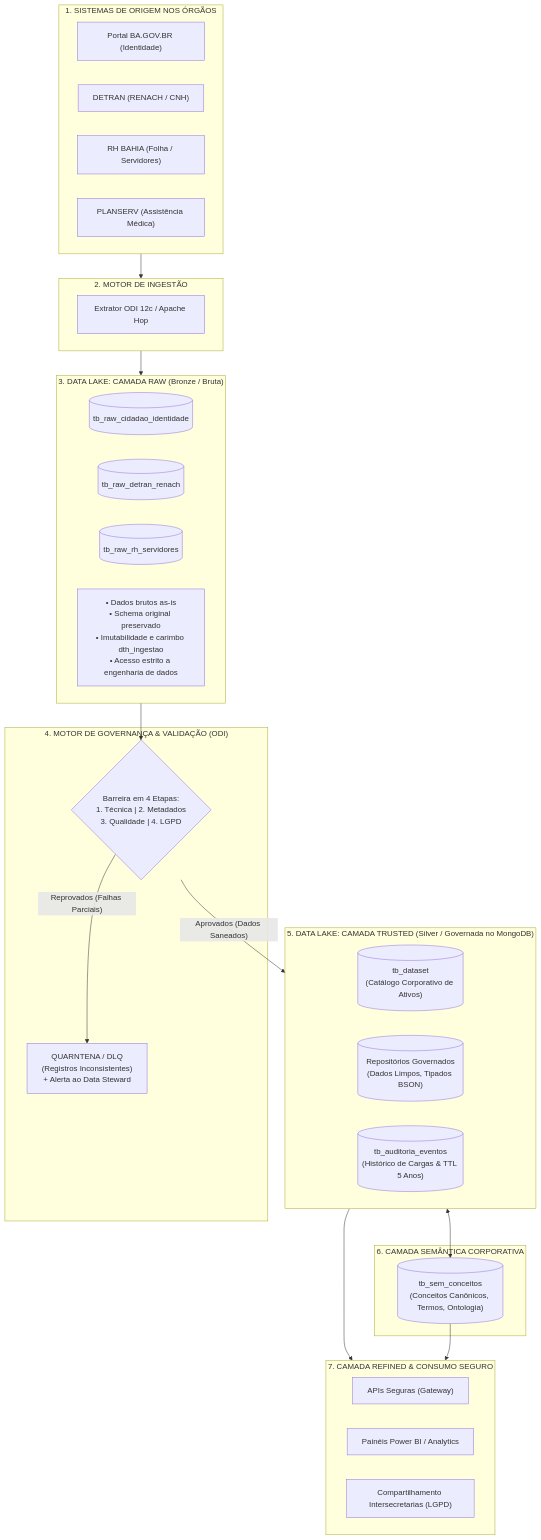
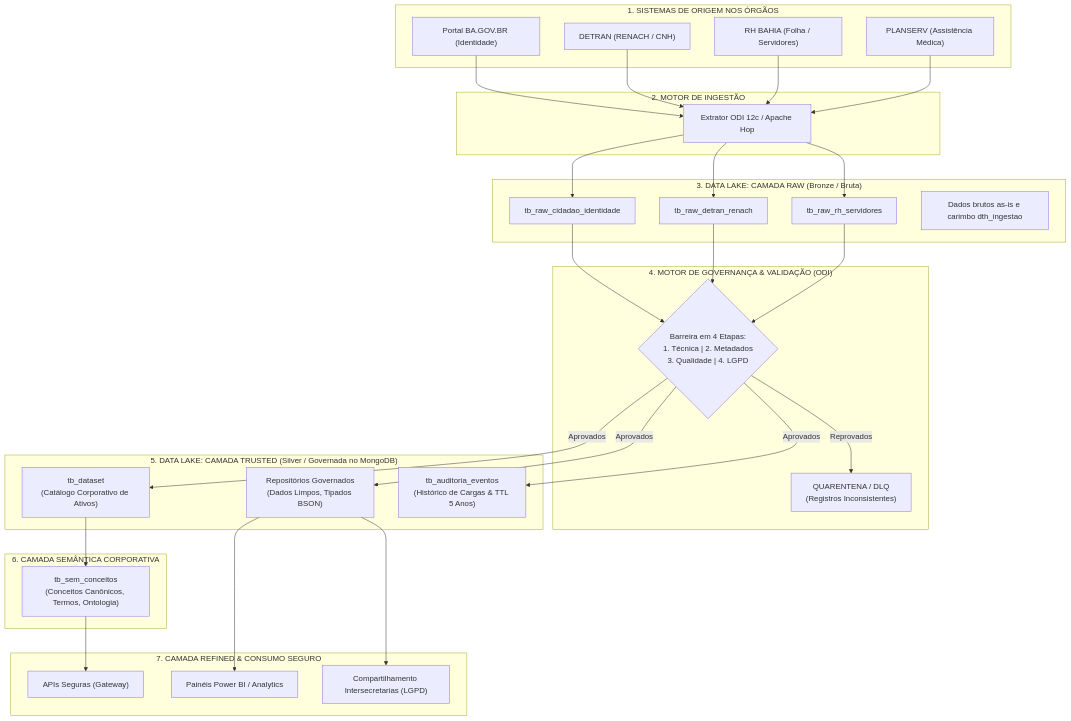
One commit to jef-prodeb01/NINHO.03 changed the first of 2 diagrams in modulos/governanca_dados/DOCUMENTO_CONSOLIDADO_GOVERNANCA_DADOS.md. Above: the diagram before and after it, drawn with Mermaid. The commit also changed other lines of this file and 11 other files, not shown here.

Commit message:
fix(docs): converte diagramas Mermaid flowchart para graph compativel com GitLab

````diff
--- a/modulos/governanca_dados/DOCUMENTO_CONSOLIDADO_GOVERNANCA_DADOS.md
+++ b/modulos/governanca_dados/DOCUMENTO_CONSOLIDADO_GOVERNANCA_DADOS.md
@@ -34,49 +34,60 @@
 ```mermaid
-flowchart TD
-    subgraph Fontes ["1. SISTEMAS DE ORIGEM NOS ÓRGÃOS"]
+graph TD
+    subgraph "1. SISTEMAS DE ORIGEM NOS ÓRGÃOS"
         S1["Portal BA.GOV.BR (Identidade)"]
         S2["DETRAN (RENACH / CNH)"]
         S3["RH BAHIA (Folha / Servidores)"]
         S4["PLANSERV (Assistência Médica)"]
     end
     
-    subgraph Ingestao ["2. MOTOR DE INGESTÃO"]
+    subgraph "2. MOTOR DE INGESTÃO"
         ODI1["Extrator ODI 12c / Apache Hop"]
     end
     
-    subgraph LakeRaw ["3. DATA LAKE: CAMADA RAW (Bronze / Bruta)"]
-        R1[("tb_raw_cidadao_identidade")]
-        R2[("tb_raw_detran_renach")]
-        R3[("tb_raw_rh_servidores")]
-        RMeta["• Dados brutos as-is\n• Schema original preservado\n• Imutabilidade e carimbo dth_ingestao\n• Acesso estrito a engenharia de dados"]
+    subgraph "3. DATA LAKE: CAMADA RAW (Bronze / Bruta)"
+        R1["tb_raw_cidadao_identidade"]
+        R2["tb_raw_detran_renach"]
+        R3["tb_raw_rh_servidores"]
+        RMeta["Dados brutos as-is e carimbo dth_ingestao"]
     end
     
-    subgraph PipelineQualidade ["4. MOTOR DE GOVERNANÇA & VALIDAÇÃO (ODI)"]
-        Val{"Barreira em 4 Etapas:\n1. Técnica | 2. Metadados\n3. Qualidade | 4. LGPD"}
-        Quarentena["QUARNTENA / DLQ\n(Registros Inconsistentes)\n+ Alerta ao Data Steward"]
+    subgraph "4. MOTOR DE GOVERNANÇA & VALIDAÇÃO (ODI)"
+        Val{"Barreira em 4 Etapas:<br/>1. Técnica | 2. Metadados<br/>3. Qualidade | 4. LGPD"}
+        Quarentena["QUARENTENA / DLQ<br/>(Registros Inconsistentes)"]
     end
     
-    subgraph LakeTrusted ["5. DATA LAKE: CAMADA TRUSTED (Silver / Governada no MongoDB)"]
-        T1[("tb_dataset\n(Catálogo Corporativo de Ativos)")]
-        T2[("Repositórios Governados\n(Dados Limpos, Tipados BSON)")]
-        T3[("tb_auditoria_eventos\n(Histórico de Cargas & TTL 5 Anos)")]
+    subgraph "5. DATA LAKE: CAMADA TRUSTED (Silver / Governada no MongoDB)"
+        T1["tb_dataset<br/>(Catálogo Corporativo de Ativos)"]
+        T2["Repositórios Governados<br/>(Dados Limpos, Tipados BSON)"]
+        T3["tb_auditoria_eventos<br/>(Histórico de Cargas & TTL 5 Anos)"]
     end
     
-    subgraph Semantica ["6. CAMADA SEMÂNTICA CORPORATIVA"]
-        SemConceitos[("tb_sem_conceitos\n(Conceitos Canônicos, Termos, Ontologia)")]
+    subgraph "6. CAMADA SEMÂNTICA CORPORATIVA"
+        SemConceitos["tb_sem_conceitos<br/>(Conceitos Canônicos, Termos, Ontologia)"]
     end
     
-    subgraph Consumo ["7. CAMADA REFINED & CONSUMO SEGURO"]
+    subgraph "7. CAMADA REFINED & CONSUMO SEGURO"
         API["APIs Seguras (Gateway)"]
         BI["Painéis Power BI / Analytics"]
         Interorg["Compartilhamento Intersecretarias (LGPD)"]
     end
     
-    Fontes --> Ingestao
-    Ingestao --> LakeRaw
-    LakeRaw --> Val
-    Val -- Reprovados (Falhas Parciais) --> Quarentena
-    Val -- Aprovados (Dados Saneados) --> LakeTrusted
-    LakeTrusted <--> SemConceitos
-    LakeTrusted & SemConceitos --> Consumo
+    S1 --> ODI1
+    S2 --> ODI1
+    S3 --> ODI1
+    S4 --> ODI1
+    ODI1 --> R1
+    ODI1 --> R2
+    ODI1 --> R3
+    R1 --> Val
+    R2 --> Val
+    R3 --> Val
+    Val -->|Reprovados| Quarentena
+    Val -->|Aprovados| T1
+    Val -->|Aprovados| T2
+    Val -->|Aprovados| T3
+    T1 --> SemConceitos
+    SemConceitos --> API
+    T2 --> BI
+    T2 --> Interorg
 ```
````
